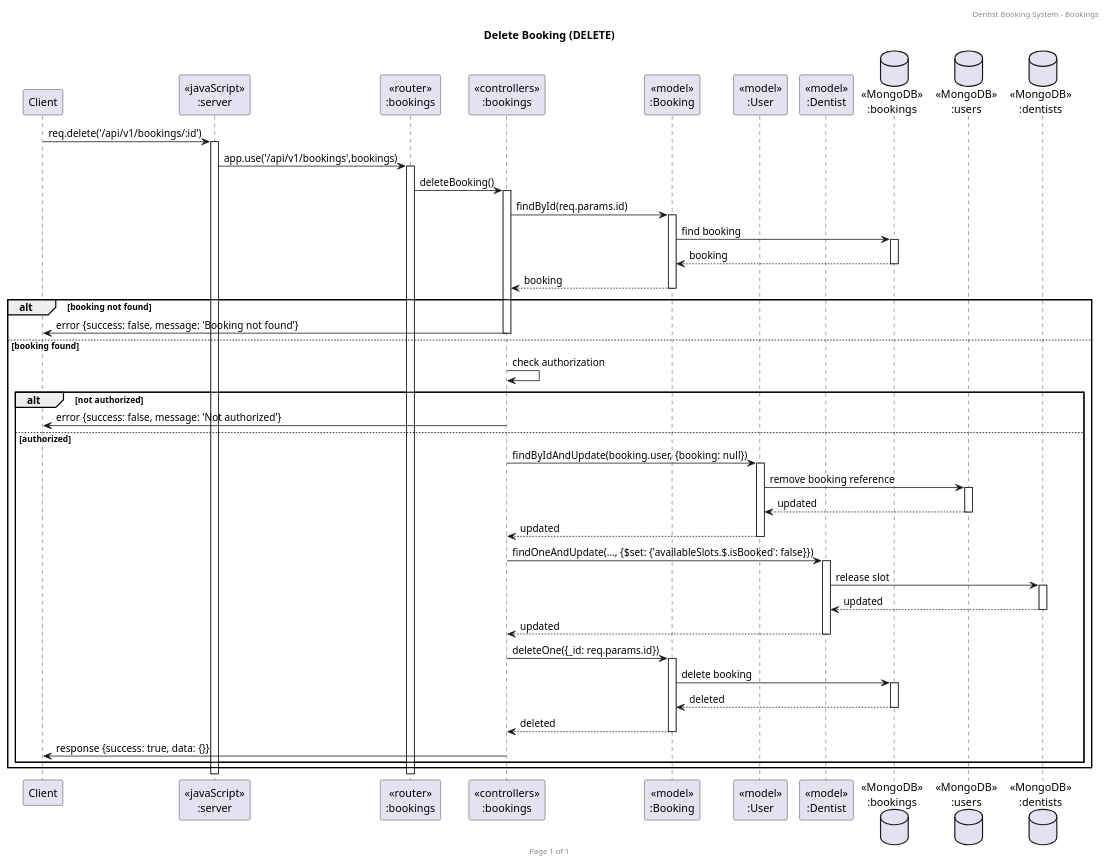
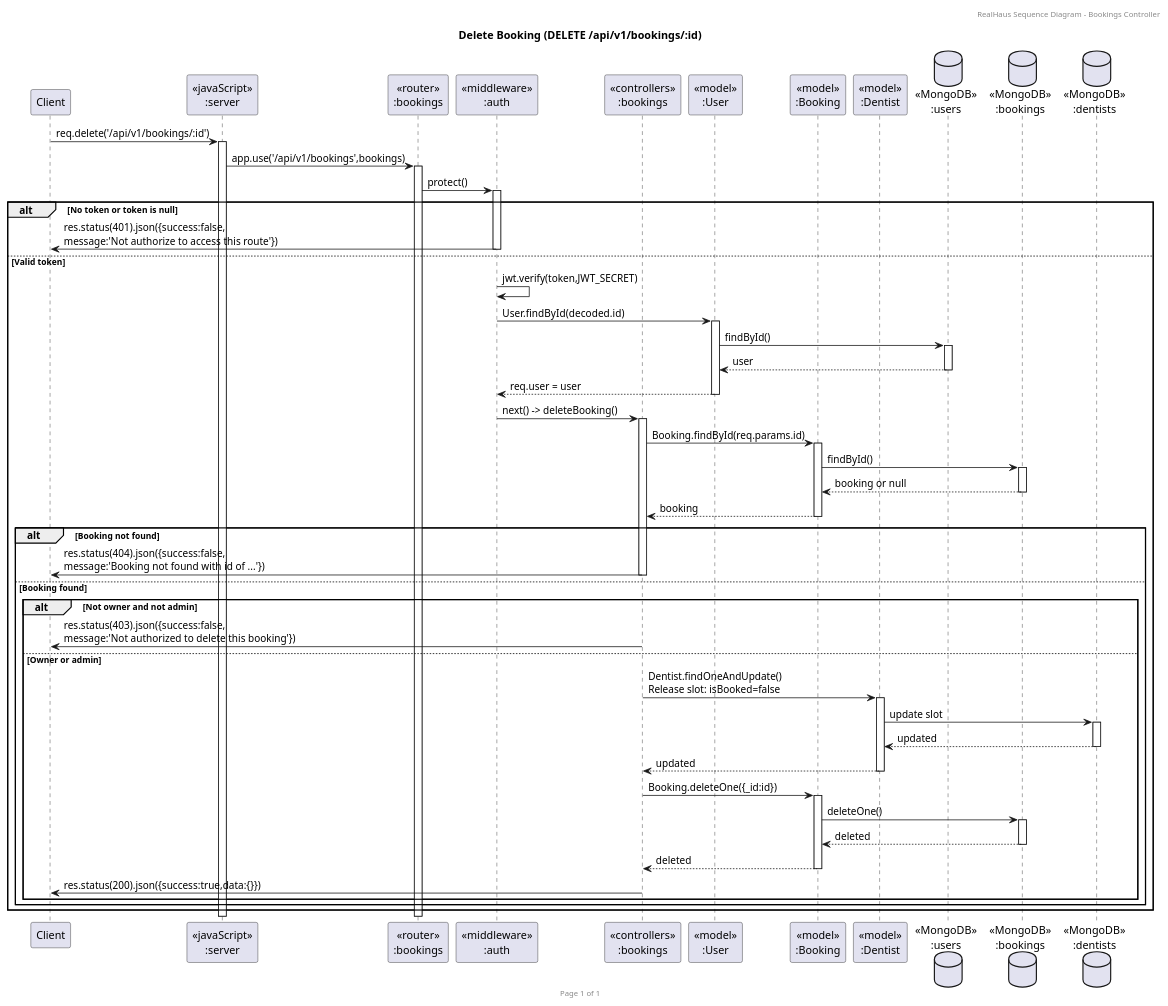
One commit to 2110503-CEDT68/se-project-be-68-2-haus89 changed the diagram in sequence-diagram/bookings/deleteBooking.puml. Above: the diagram before and after it, drawn with PlantUML. The commit also changed 31 other files, not shown here.

Commit message:
fix: update User scheme, controllers, routes and sequence-diagram

```diff
--- a/sequence-diagram/bookings/deleteBooking.puml
+++ b/sequence-diagram/bookings/deleteBooking.puml
@@ -1,52 +1,59 @@
 @startuml Delete Booking (DELETE)
 
-header Dentist Booking System - Bookings
+header RealHaus Sequence Diagram - Bookings Controller
 footer Page %page% of %lastpage%
-title "Delete Booking (DELETE)"
+title "Delete Booking (DELETE /api/v1/bookings/:id)"
 
 participant "Client" as client
 participant "<<javaScript>>\n:server" as server
 participant "<<router>>\n:bookings" as routerBookings
+participant "<<middleware>>\n:auth" as middlewareAuth
 participant "<<controllers>>\n:bookings" as controllersBookings
+participant "<<model>>\n:User" as modelUser
 participant "<<model>>\n:Booking" as modelBooking
-participant "<<model>>\n:User" as modelUser
 participant "<<model>>\n:Dentist" as modelDentist
-database "<<MongoDB>>\n:bookings" as BookingsDatabase
-database "<<MongoDB>>\n:users" as UsersDatabase
-database "<<MongoDB>>\n:dentists" as DentistsDatabase
+database "<<MongoDB>>\n:users" as UsersDB
+database "<<MongoDB>>\n:bookings" as BookingsDB
+database "<<MongoDB>>\n:dentists" as DentistsDB
 
 client->server ++:req.delete('/api/v1/bookings/:id')
 server->routerBookings ++:app.use('/api/v1/bookings',bookings)
-routerBookings -> controllersBookings ++:deleteBooking()
-controllersBookings->modelBooking ++:findById(req.params.id)
-modelBooking ->BookingsDatabase ++: find booking
-BookingsDatabase --> modelBooking --: booking
-controllersBookings <-- modelBooking --:booking
+routerBookings -> middlewareAuth ++:protect()
 
-alt booking not found
-    controllersBookings->client --:error {success: false, message: 'Booking not found'}
-else booking found
-    controllersBookings->controllersBookings:check authorization
-    alt not authorized
-        controllersBookings->client --:error {success: false, message: 'Not authorized'}
-    else authorized
-        controllersBookings->modelUser ++:findByIdAndUpdate(booking.user, {booking: null})
-        modelUser ->UsersDatabase ++: remove booking reference
-        UsersDatabase --> modelUser --: updated
-        controllersBookings <-- modelUser --:updated
-        
-        controllersBookings->modelDentist ++:findOneAndUpdate(..., {$set: {'availableSlots.$.isBooked': false}})
-        modelDentist ->DentistsDatabase ++: release slot
-        DentistsDatabase --> modelDentist --: updated
-        controllersBookings <-- modelDentist --:updated
-        
-        controllersBookings->modelBooking ++:deleteOne({_id: req.params.id})
-        modelBooking ->BookingsDatabase ++: delete booking
-        BookingsDatabase --> modelBooking --: deleted
-        controllersBookings <-- modelBooking --:deleted
-        
-        controllersBookings->client --:response {success: true, data: {}}
+alt No token or token is null
+    middlewareAuth->client --:res.status(401).json({success:false,\nmessage:'Not authorize to access this route'})
+else Valid token
+    middlewareAuth->middlewareAuth :jwt.verify(token,JWT_SECRET)
+    middlewareAuth->modelUser ++:User.findById(decoded.id)
+    modelUser->UsersDB ++: findById()
+    UsersDB-->modelUser --: user
+    middlewareAuth<--modelUser --:req.user = user
+    middlewareAuth -> controllersBookings ++:next() -> deleteBooking()
+
+    controllersBookings->modelBooking ++:Booking.findById(req.params.id)
+    modelBooking->BookingsDB ++: findById()
+    BookingsDB-->modelBooking --: booking or null
+    controllersBookings<--modelBooking --:booking
+
+    alt Booking not found
+        controllersBookings->client --:res.status(404).json({success:false,\nmessage:'Booking not found with id of ...'})
+    else Booking found
+        alt Not owner and not admin
+            controllersBookings->client --:res.status(403).json({success:false,\nmessage:'Not authorized to delete this booking'})
+        else Owner or admin
+            controllersBookings->modelDentist ++:Dentist.findOneAndUpdate()\nRelease slot: isBooked=false
+            modelDentist->DentistsDB ++: update slot
+            DentistsDB-->modelDentist --: updated
+            controllersBookings<--modelDentist --:updated
+
+            controllersBookings->modelBooking ++:Booking.deleteOne({_id:id})
+            modelBooking->BookingsDB ++: deleteOne()
+            BookingsDB-->modelBooking --: deleted
+            controllersBookings<--modelBooking --:deleted
+
+            controllersBookings->client --:res.status(200).json({success:true,data:{}})
+        end
     end
 end
 
 @enduml
```
